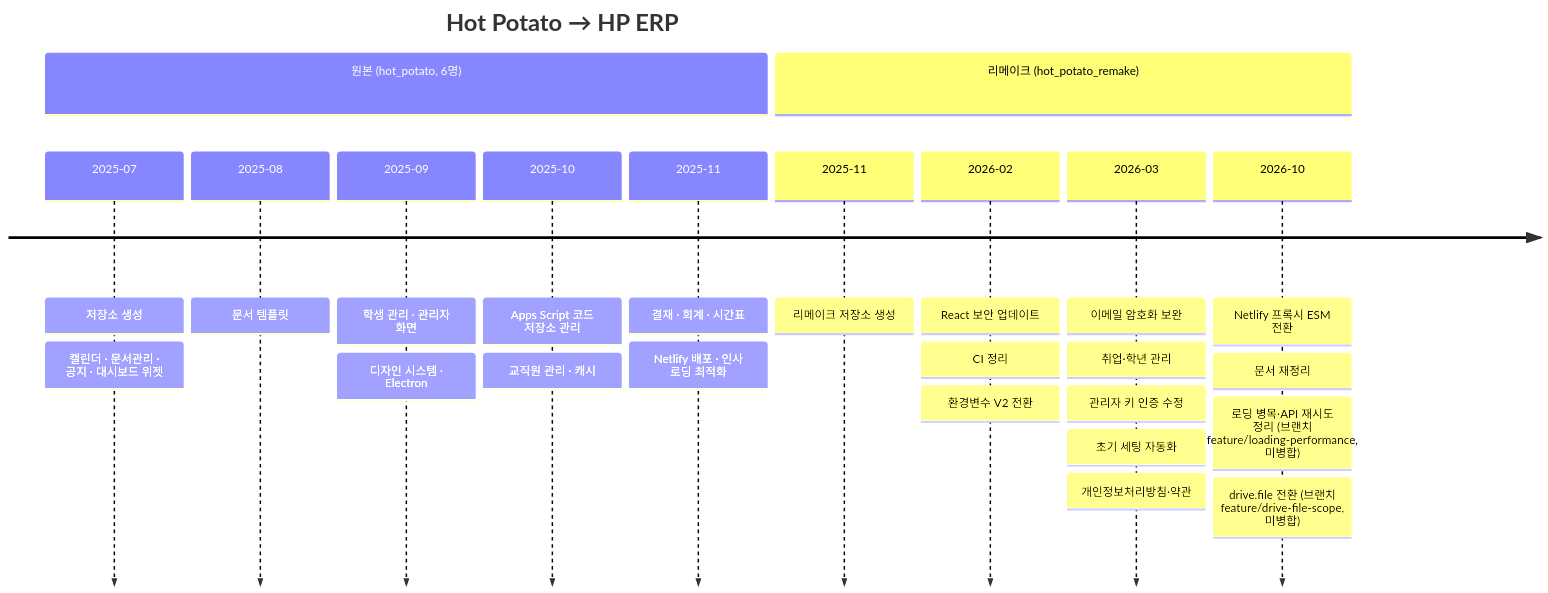
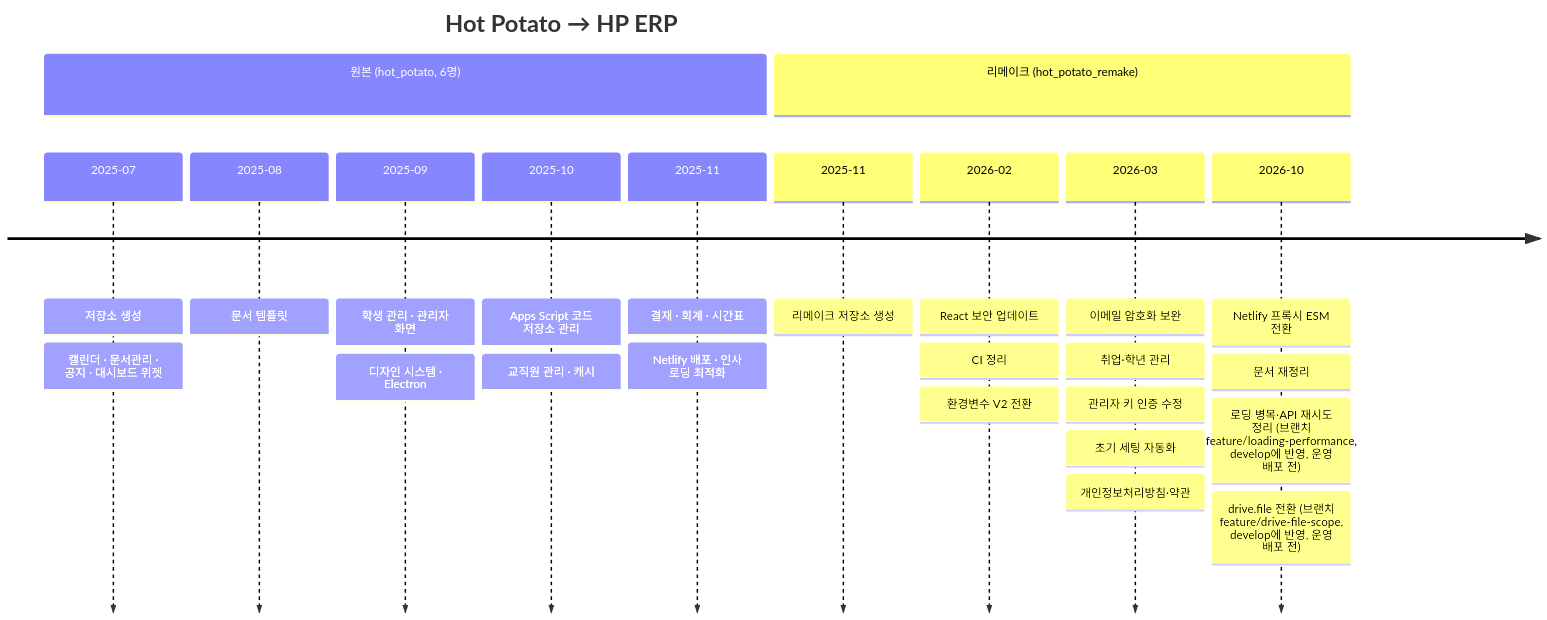
Before and after one commit to semicolon213/hot_potato_remake: the diagram in docs/STATUS.md, drawn with Mermaid. The commit also changed other lines of this file and 8 other files, not shown here.

````diff
--- a/docs/STATUS.md
+++ b/docs/STATUS.md
@@ -58,15 +57,15 @@
 ```mermaid
 timeline
     title Hot Potato → HP ERP
     section 원본 (hot_potato, 6명)
         2025-07 : 저장소 생성 : 캘린더 · 문서관리 · 공지 · 대시보드 위젯
         2025-08 : 문서 템플릿
         2025-09 : 학생 관리 · 관리자 화면 : 디자인 시스템 · Electron
         2025-10 : Apps Script 코드 저장소 관리 : 교직원 관리 · 캐시
         2025-11 : 결재 · 회계 · 시간표 : Netlify 배포 · 인사 로딩 최적화
     section 리메이크 (hot_potato_remake)
         2025-11 : 리메이크 저장소 생성
         2026-02 : React 보안 업데이트 : CI 정리 : 환경변수 V2 전환
         2026-03 : 이메일 암호화 보완 : 취업·학년 관리 : 관리자 키 인증 수정 : 초기 세팅 자동화 : 개인정보처리방침·약관
-        2026-10 : Netlify 프록시 ESM 전환 : 문서 재정리 : 로딩 병목·API 재시도 정리 (브랜치 feature/loading-performance, 미병합) : drive.file 전환 (브랜치 feature/drive-file-scope, 미병합)
+        2026-10 : Netlify 프록시 ESM 전환 : 문서 재정리 : 로딩 병목·API 재시도 정리 (브랜치 feature/loading-performance, develop에 반영, 운영 배포 전) : drive.file 전환 (브랜치 feature/drive-file-scope, develop에 반영, 운영 배포 전)
 ```
````
